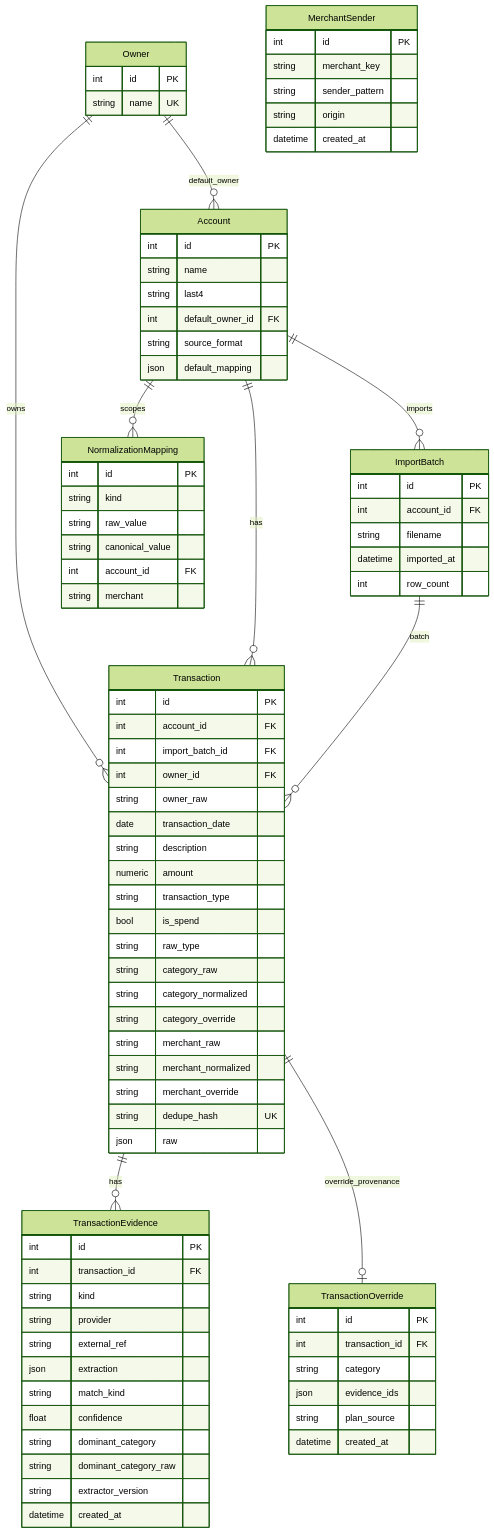
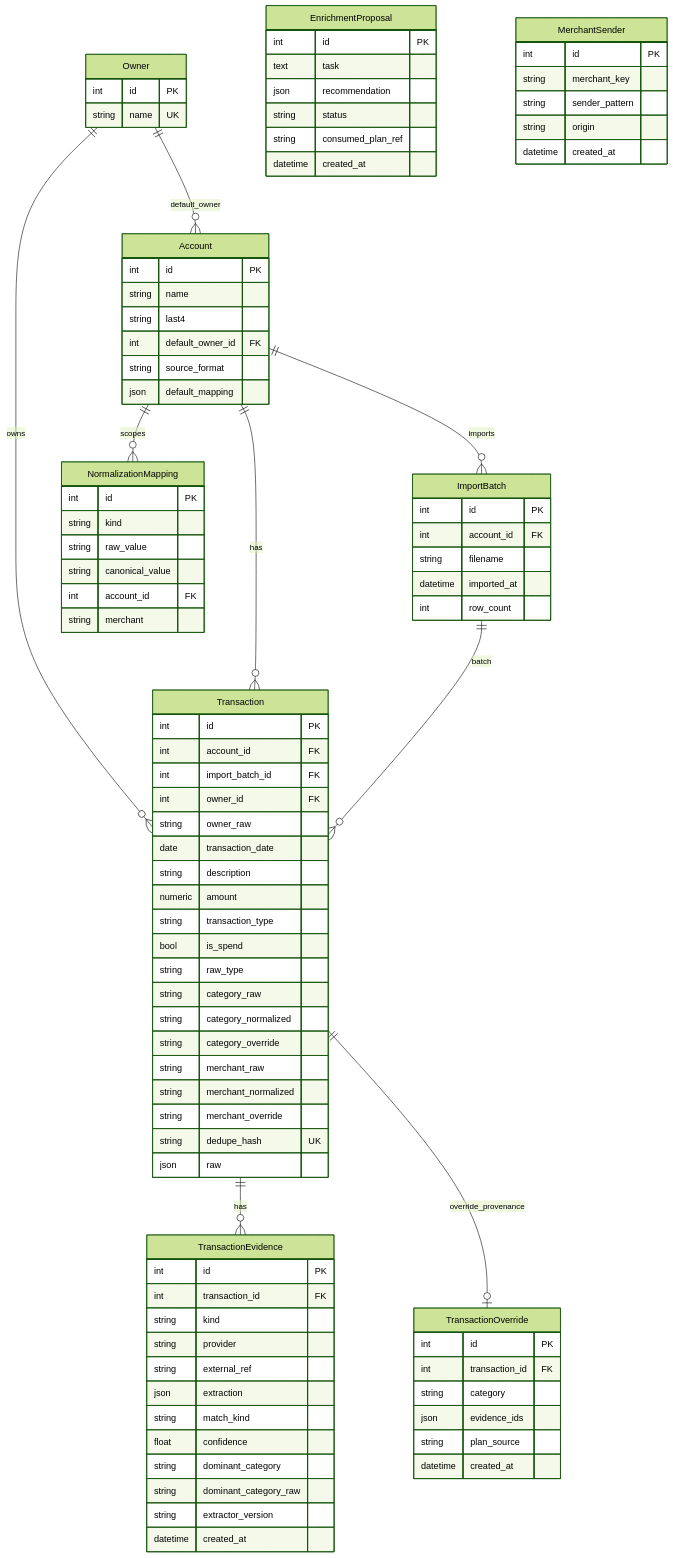
The first of 2 diagrams in docs/PROJECT-MAP.md (camilo1rp/finance-tracker), drawn with Mermaid (forest theme) before and after one commit. The commit also changed other lines of this file and 9 other files, not shown here.

First line of the commit message:
enrichment(03A): enricher graph, tools, enrichment_proposals

```diff
--- a/docs/PROJECT-MAP.md
+++ b/docs/PROJECT-MAP.md
@@ -363,6 +381,14 @@
     Transaction ||--o{ TransactionEvidence : has
     Transaction ||--o| TransactionOverride : override_provenance
     ImportBatch ||--o{ Transaction : batch
+    EnrichmentProposal {
+        int id PK
+        text task
+        json recommendation
+        string status
+        string consumed_plan_ref
+        datetime created_at
+    }
 
     Owner {
         int id PK
```
